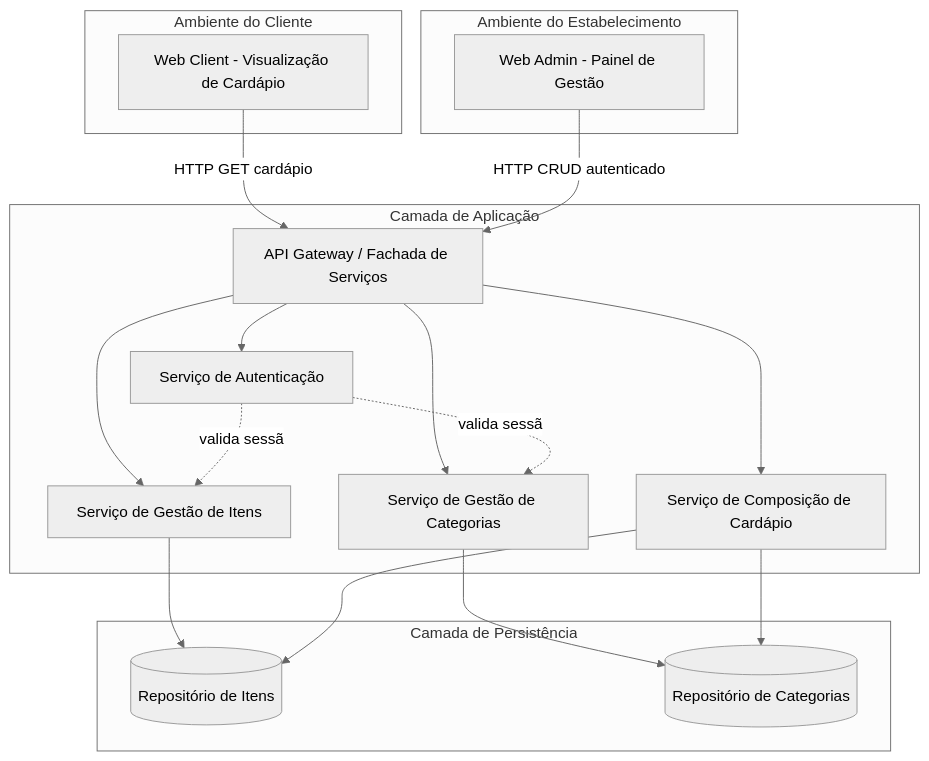
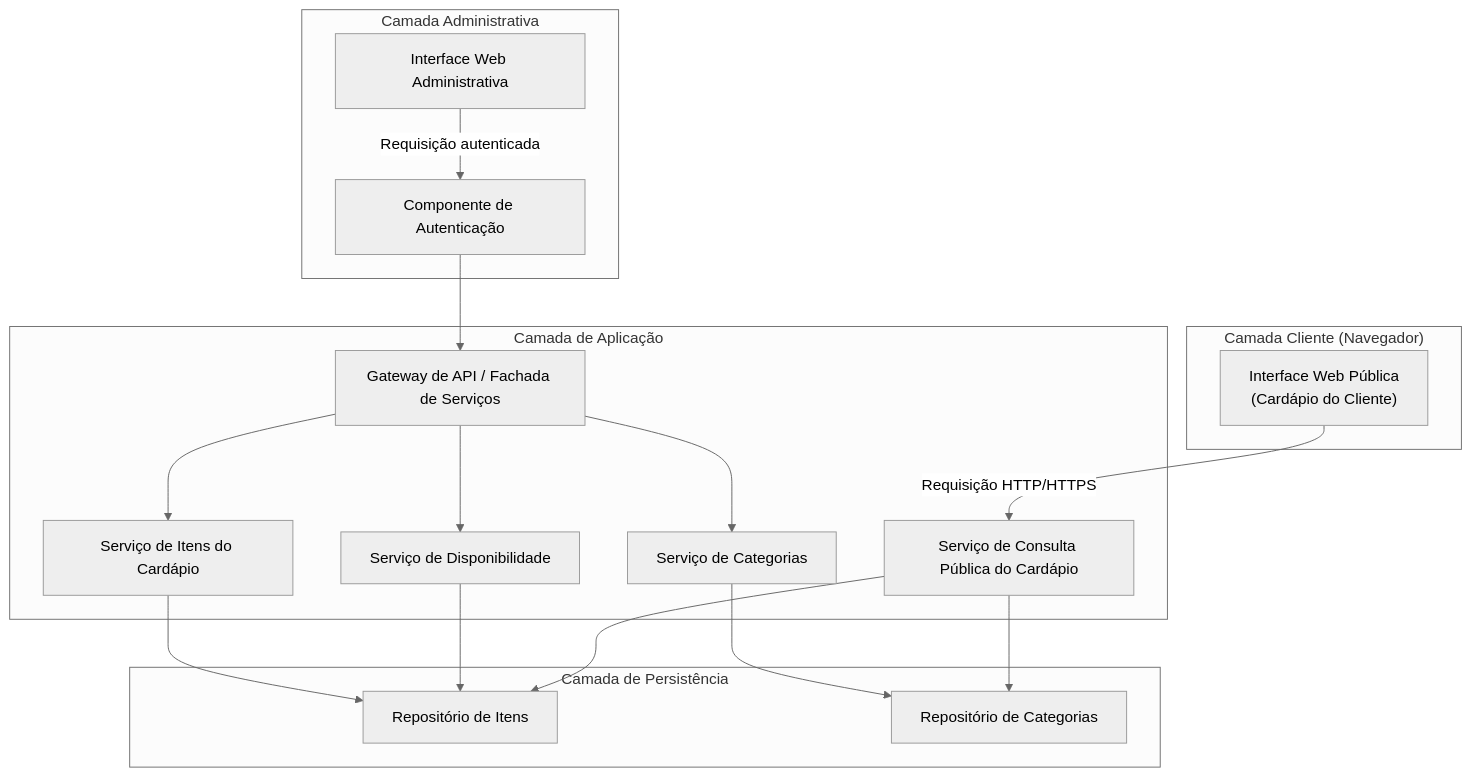
One commit to PDC-ESIA/AI4ES changed the first of 3 diagrams in docs/Time_2_Design/analise-qualitativa/outputs/relatorio_claude_sonnet_5_P01.md. Above: the diagram before and after it, drawn with Mermaid (neutral theme). The commit also changed other lines of this file and 107 other files, not shown here.

````diff
--- a/docs/Time_2_Design/analise-qualitativa/outputs/relatorio_claude_sonnet_5_P01.md
+++ b/docs/Time_2_Design/analise-qualitativa/outputs/relatorio_claude_sonnet_5_P01.md
@@ -22,36 +22,37 @@
 ```mermaid
-graph TB
-    subgraph Cliente["Ambiente do Cliente"]
-        WC[Web Client - Visualização de Cardápio]
+flowchart TB
+    subgraph Cliente["Camada Cliente (Navegador)"]
+        UICliente["Interface Web Pública<br/>(Cardápio do Cliente)"]
     end
 
-    subgraph Admin["Ambiente do Estabelecimento"]
-        WA[Web Admin - Painel de Gestão]
+    subgraph Admin["Camada Administrativa"]
+        UIAdmin["Interface Web Administrativa"]
+        Auth["Componente de Autenticação"]
     end
 
     subgraph Backend["Camada de Aplicação"]
-        GW[API Gateway / Fachada de Serviços]
-        AUTH[Serviço de Autenticação]
-        ITEM[Serviço de Gestão de Itens]
-        CAT[Serviço de Gestão de Categorias]
-        CARD[Serviço de Composição de Cardápio]
+        GatewayAPI["Gateway de API / Fachada de Serviços"]
+        ItemService["Serviço de Itens do Cardápio"]
+        CategoriaService["Serviço de Categorias"]
+        DisponibilidadeService["Serviço de Disponibilidade"]
+        CardapioPublicoService["Serviço de Consulta Pública do Cardápio"]
     end
 
     subgraph Persistencia["Camada de Persistência"]
-        REPO_ITEM[(Repositório de Itens)]
-        REPO_CAT[(Repositório de Categorias)]
+        RepoItens["Repositório de Itens"]
+        RepoCategorias["Repositório de Categorias"]
     end
 
-    WC -->|HTTP GET cardápio| GW
-    WA -->|HTTP CRUD autenticado| GW
-    GW --> AUTH
-    GW --> ITEM
-    GW --> CAT
-    GW --> CARD
-    ITEM --> REPO_ITEM
-    CAT --> REPO_CAT
-    CARD --> REPO_ITEM
-    CARD --> REPO_CAT
-    AUTH -.valida sessão.-> ITEM
-    AUTH -.valida sessão.-> CAT
+    UICliente -->|Requisição HTTP/HTTPS| CardapioPublicoService
+    UIAdmin -->|Requisição autenticada| Auth
+    Auth --> GatewayAPI
+    GatewayAPI --> ItemService
+    GatewayAPI --> CategoriaService
+    GatewayAPI --> DisponibilidadeService
+
+    ItemService --> RepoItens
+    CategoriaService --> RepoCategorias
+    DisponibilidadeService --> RepoItens
+    CardapioPublicoService --> RepoItens
+    CardapioPublicoService --> RepoCategorias
 ```
````
